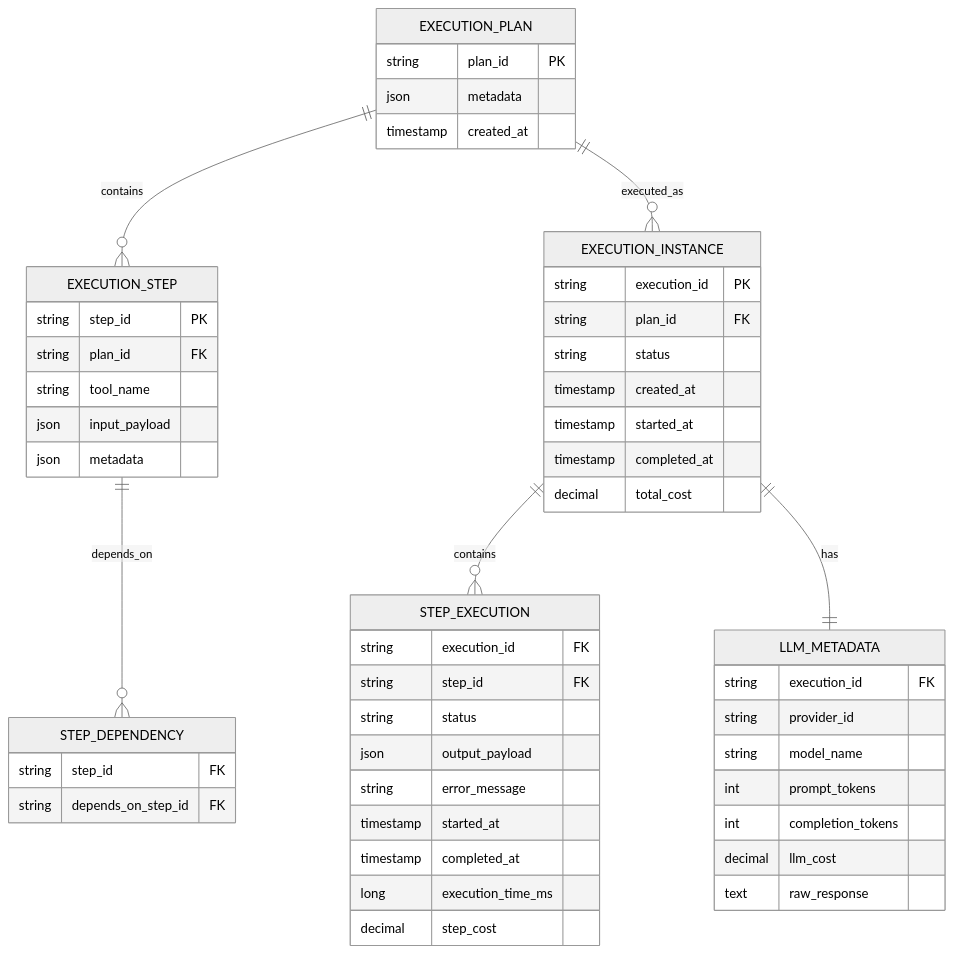
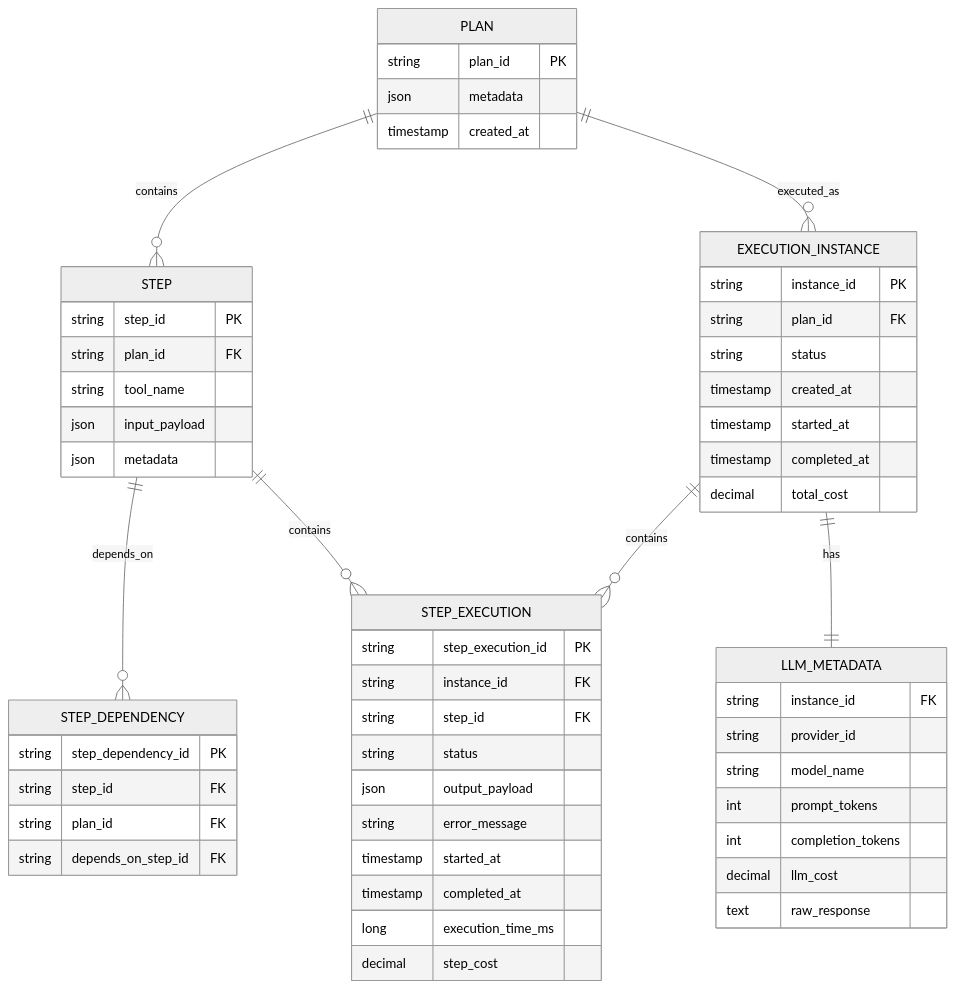
One commit to paradigmwit/ai-control-plane changed the diagram in docs/diagrams/conceptual-ER-diagram.md. Above: the diagram before and after it, drawn with Mermaid (neutral theme). The commit also changed 33 other files, not shown here.

````diff
--- a/docs/diagrams/conceptual-ER-diagram.md
+++ b/docs/diagrams/conceptual-ER-diagram.md
@@ -1,61 +1,65 @@
 ```mermaid
 
 erDiagram
 
-    EXECUTION_PLAN {
+    PLAN {
         string plan_id PK
         json   metadata
         timestamp created_at
     }
 
-    EXECUTION_STEP {
+    STEP {
         string step_id PK
         string plan_id FK
         string tool_name
         json   input_payload
         json   metadata
     }
 
     STEP_DEPENDENCY {
+        string step_dependency_id PK
         string step_id FK
+        string plan_id FK
         string depends_on_step_id FK
     }
 
     EXECUTION_INSTANCE {
-        string execution_id PK
+        string instance_id PK
         string plan_id FK
         string status
         timestamp created_at
         timestamp started_at
         timestamp completed_at
         decimal total_cost
     }
 
     STEP_EXECUTION {
-        string execution_id FK
+        string step_execution_id PK
+        string instance_id FK
         string step_id FK
         string status
         json   output_payload
         string error_message
         timestamp started_at
         timestamp completed_at
         long execution_time_ms
         decimal step_cost
     }
 
     LLM_METADATA {
-        string execution_id FK
+        string instance_id FK
         string provider_id
         string model_name
         int prompt_tokens
         int completion_tokens
         decimal llm_cost
         text raw_response
     }
 
-    EXECUTION_PLAN ||--o{ EXECUTION_STEP : contains
-    EXECUTION_STEP ||--o{ STEP_DEPENDENCY : depends_on
-    EXECUTION_PLAN ||--o{ EXECUTION_INSTANCE : executed_as
+    PLAN ||--o{ STEP : contains
+    STEP ||--o{ STEP_DEPENDENCY : depends_on
+    PLAN ||--o{ EXECUTION_INSTANCE : executed_as
     EXECUTION_INSTANCE ||--o{ STEP_EXECUTION : contains
+    STEP ||--o{ STEP_EXECUTION : contains
     EXECUTION_INSTANCE ||--|| LLM_METADATA : has
 ```
````
